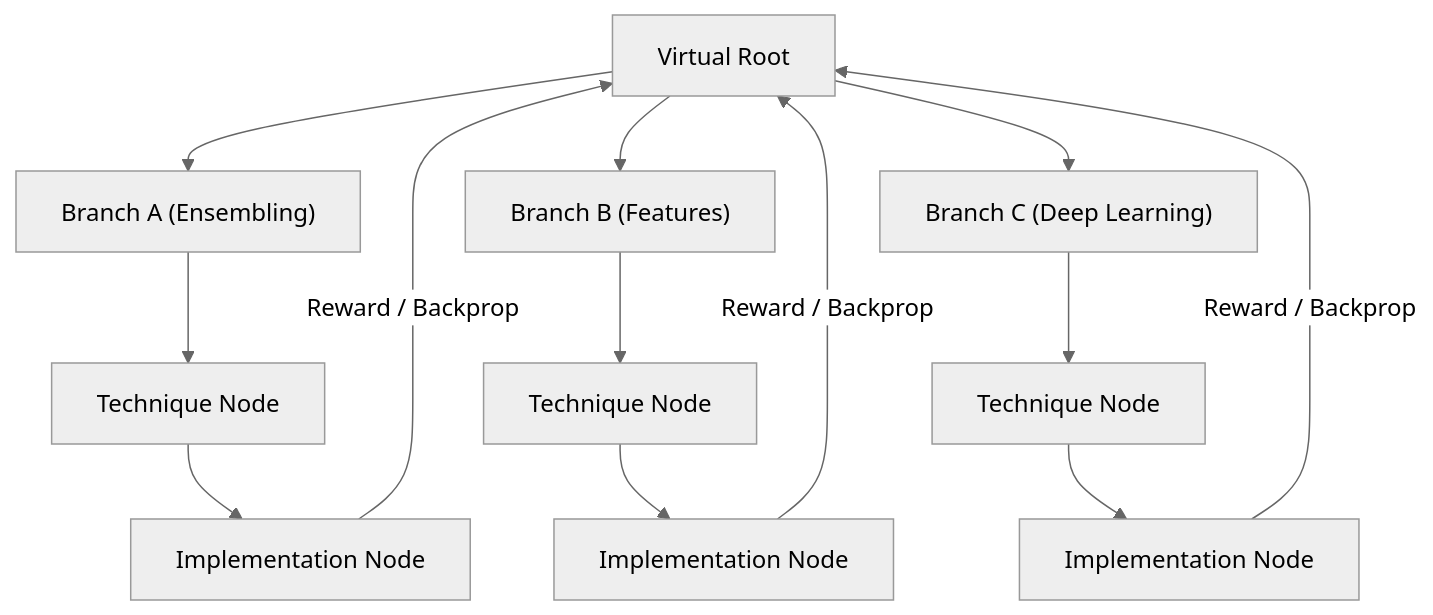
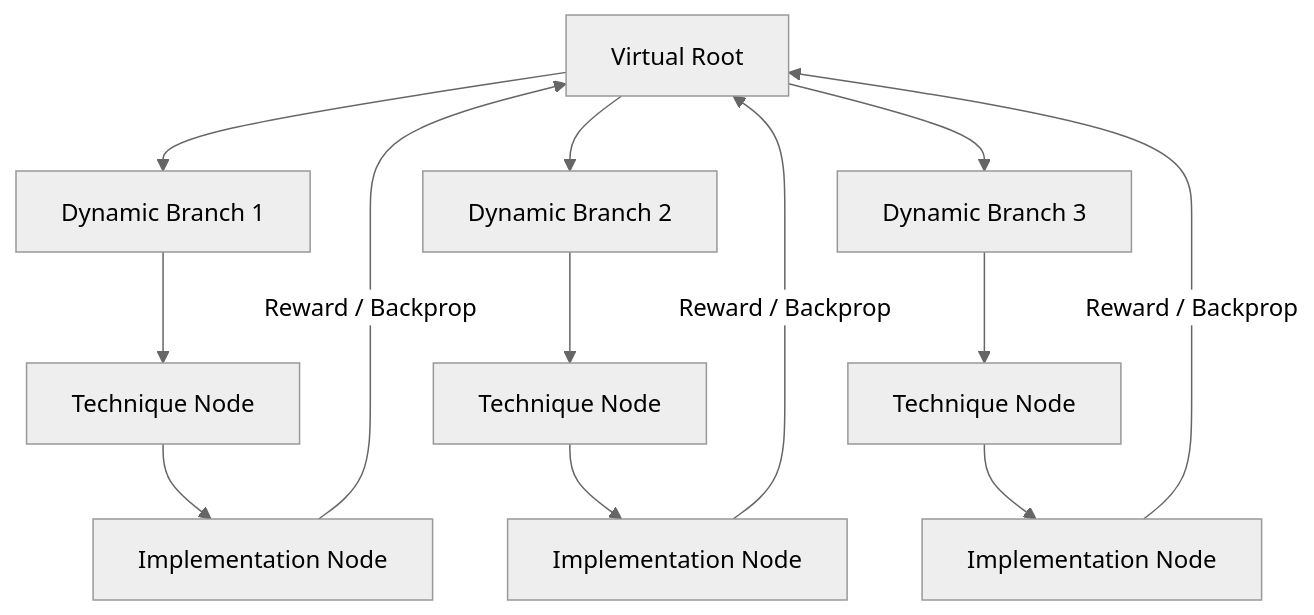
The diagram in README.md (Alden-Jenish-S/AI-Build-AI), drawn with Mermaid (neutral theme) before and after one commit. The commit also changed other lines of this file and 33 other files, not shown here.

````diff
--- a/README.md
+++ b/README.md
@@ -11,19 +11,19 @@
 ```mermaid
 graph TD
-    Root[Virtual Root] --> A["Branch A (Ensembling)"]
-    Root --> B["Branch B (Features)"]
-    Root --> C["Branch C (Deep Learning)"]
+    Root[Virtual Root] --> A["Dynamic Branch 1"]
+    Root --> B["Dynamic Branch 2"]
+    Root --> C["Dynamic Branch 3"]
     
     A --> TA[Technique Node]
     TA --> IA[Implementation Node]
     
     B --> TB[Technique Node]
     TB --> IB[Implementation Node]
     
     C --> TC[Technique Node]
     TC --> IC[Implementation Node]
     
     IA -- Reward / Backprop --> Root
     IB -- Reward / Backprop --> Root
     IC -- Reward / Backprop --> Root
 ```
````
